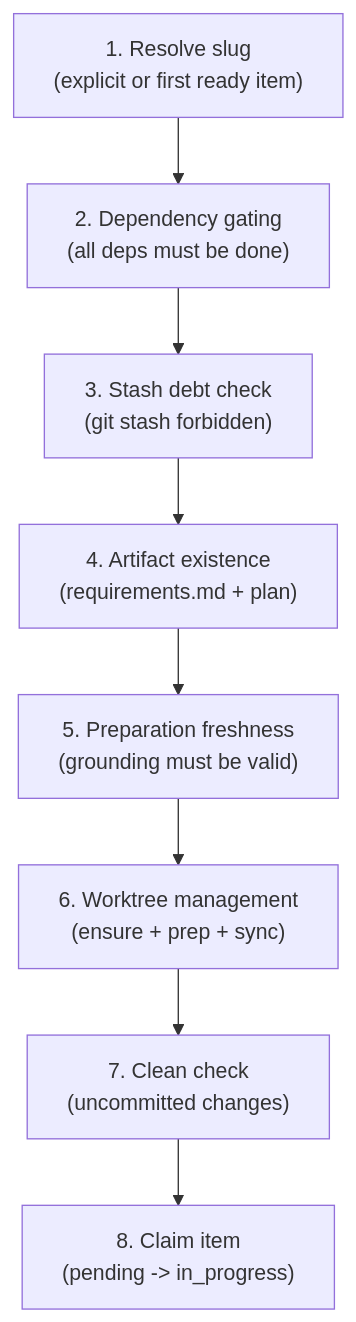
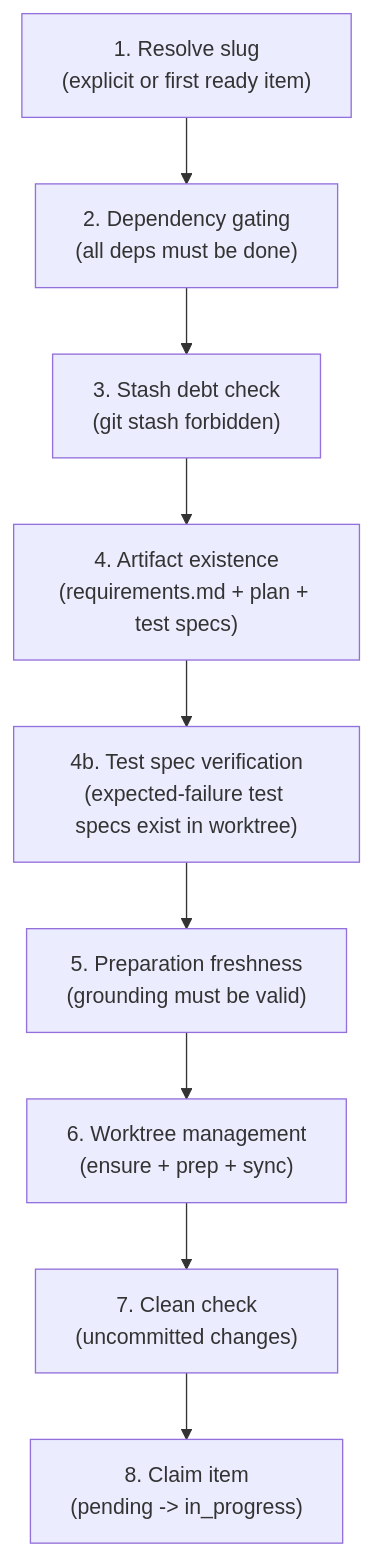
The third of 5 diagrams in docs/project/design/architecture/work-state-machine.md (InstruktAI/TeleClaude), drawn with Mermaid before and after one commit. The commit also changed other lines of this file and 156 other files, not shown here.

First line of the commit message:
feat(tdd): ship test-driven development into SDLC with spec builder/reviewer pipeline

````diff
--- a/docs/project/design/architecture/work-state-machine.md
+++ b/docs/project/design/architecture/work-state-machine.md
@@ -171,13 +172,14 @@
 ```mermaid
 flowchart TD
     P1["1. Resolve slug\n(explicit or first ready item)"]
     P2["2. Dependency gating\n(all deps must be done)"]
     P3["3. Stash debt check\n(git stash forbidden)"]
-    P4["4. Artifact existence\n(requirements.md + plan)"]
+    P4["4. Artifact existence\n(requirements.md + plan + test specs)"]
+    P4b["4b. Test spec verification\n(expected-failure test specs exist in worktree)"]
     P5["5. Preparation freshness\n(grounding must be valid)"]
     P6["6. Worktree management\n(ensure + prep + sync)"]
     P7["7. Clean check\n(uncommitted changes)"]
     P8["8. Claim item\n(pending -> in_progress)"]
 
-    P1 --> P2 --> P3 --> P4 --> P5 --> P6 --> P7 --> P8
+    P1 --> P2 --> P3 --> P4 --> P4b --> P5 --> P6 --> P7 --> P8
 ```
````
